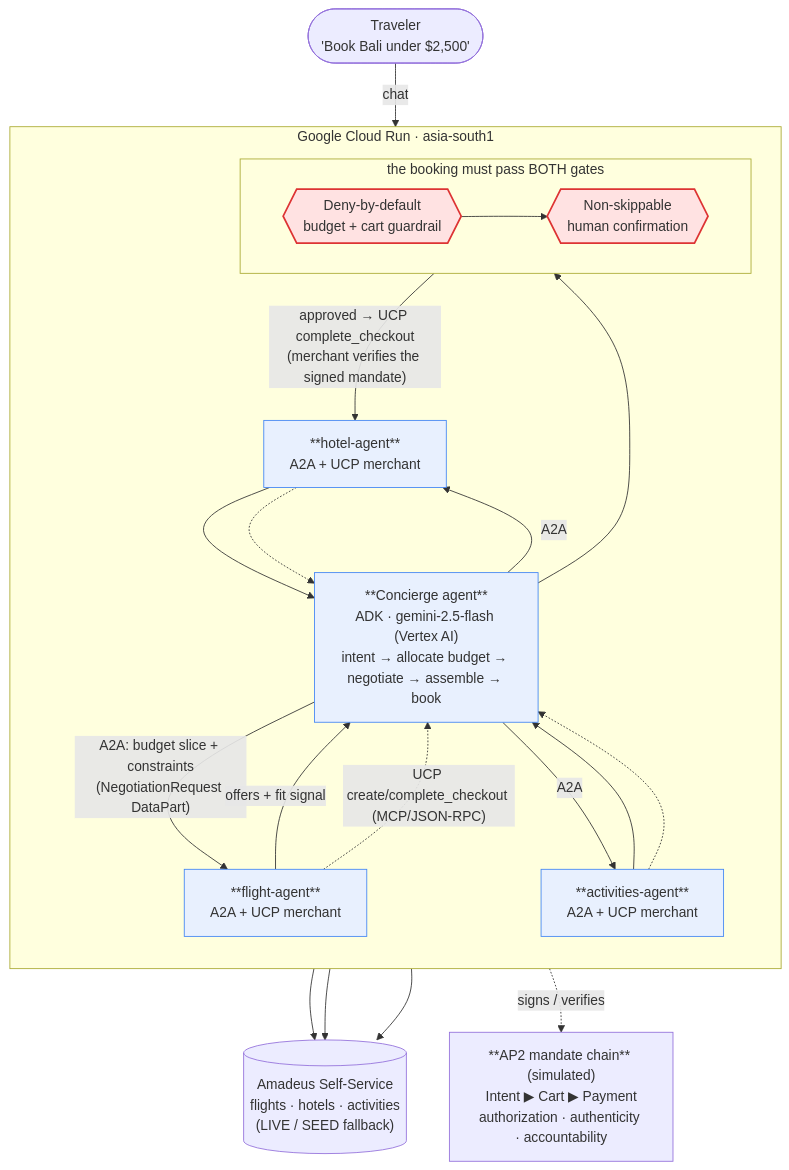
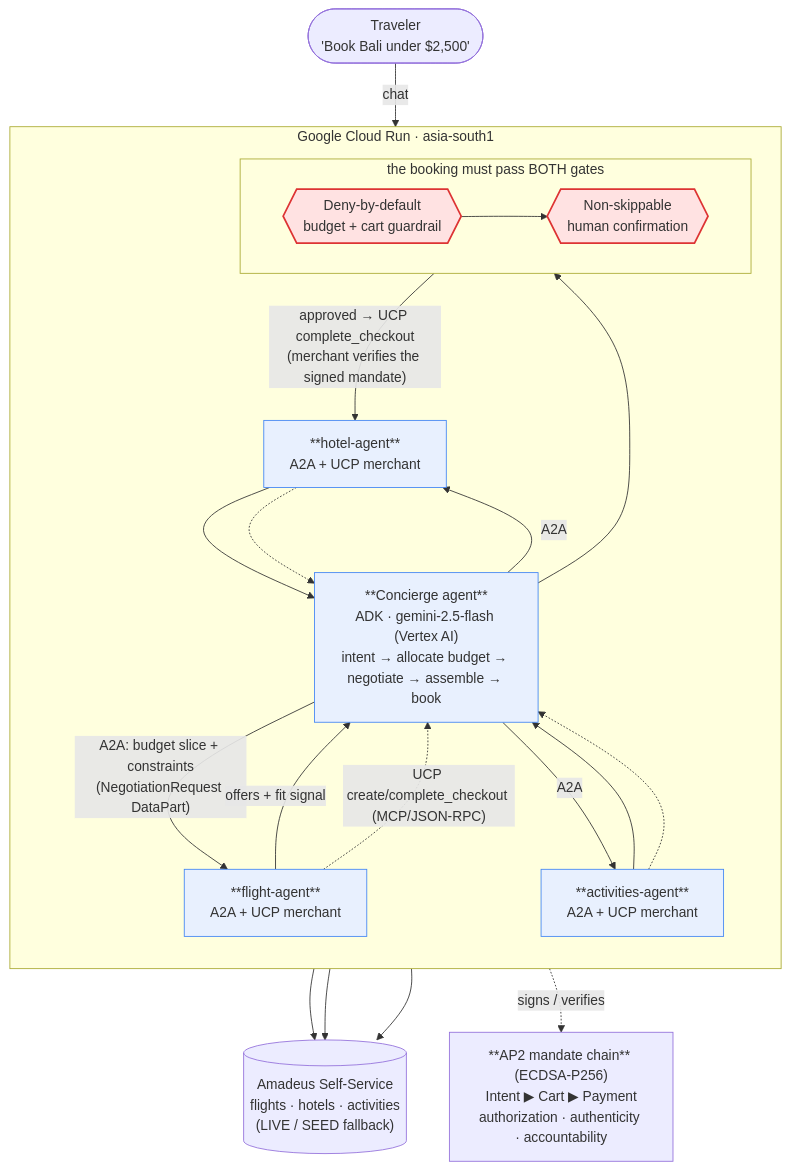
The diagram in README.md (ihiteshgupta/odyssey), drawn with Mermaid before and after one commit. The commit also changed other lines of this file and 10 other files, not shown here.

First line of the commit message:
feat(ap2): real ECDSA P-256 mandate signing (replaces SHA-256 stub)

````diff
--- a/README.md
+++ b/README.md
@@ -105,47 +105,47 @@
 ```mermaid
 flowchart TB
     user(["Traveler<br/>'Book Bali under $2,500'"])
 
     subgraph cr["Google Cloud Run · asia-south1"]
         direction TB
         concierge["**Concierge agent**<br/>ADK · gemini-2.5-flash (Vertex AI)<br/>intent → allocate budget → negotiate → assemble → book"]
 
         subgraph gates["the booking must pass BOTH gates"]
             direction LR
             guard{{"Deny-by-default<br/>budget + cart guardrail"}}
             hitl{{"Non-skippable<br/>human confirmation"}}
         end
 
         flight["**flight-agent**<br/>A2A + UCP merchant"]
         hotel["**hotel-agent**<br/>A2A + UCP merchant"]
         activity["**activities-agent**<br/>A2A + UCP merchant"]
     end
 
     amadeus[("Amadeus Self-Service<br/>flights · hotels · activities<br/>(LIVE / SEED fallback)")]
-    ap2["**AP2 mandate chain** (simulated)<br/>Intent ▶ Cart ▶ Payment<br/>authorization · authenticity · accountability"]
+    ap2["**AP2 mandate chain** (ECDSA-P256)<br/>Intent ▶ Cart ▶ Payment<br/>authorization · authenticity · accountability"]
 
     user -->|"chat"| concierge
     concierge -->|"A2A: budget slice + constraints<br/>(NegotiationRequest DataPart)"| flight
     concierge -->|"A2A"| hotel
     concierge -->|"A2A"| activity
     flight -->|"offers + fit signal"| concierge
     hotel --> concierge
     activity --> concierge
 
     flight -.->|"UCP create/complete_checkout (MCP/JSON-RPC)"| concierge
     hotel -.-> concierge
     activity -.-> concierge
 
     flight --> amadeus
     hotel --> amadeus
     activity --> amadeus
 
     concierge --> guard --> hitl
     hitl -->|"approved → UCP complete_checkout<br/>(merchant verifies the signed mandate)"| hotel
     concierge -.->|"signs / verifies"| ap2
 
     classDef gate fill:#ffe2e2,stroke:#d33,stroke-width:2px;
     class guard,hitl gate;
     classDef agent fill:#e8f0fe,stroke:#4285f4,stroke-width:1px;
     class concierge,flight,hotel,activity agent;
 ```
````
